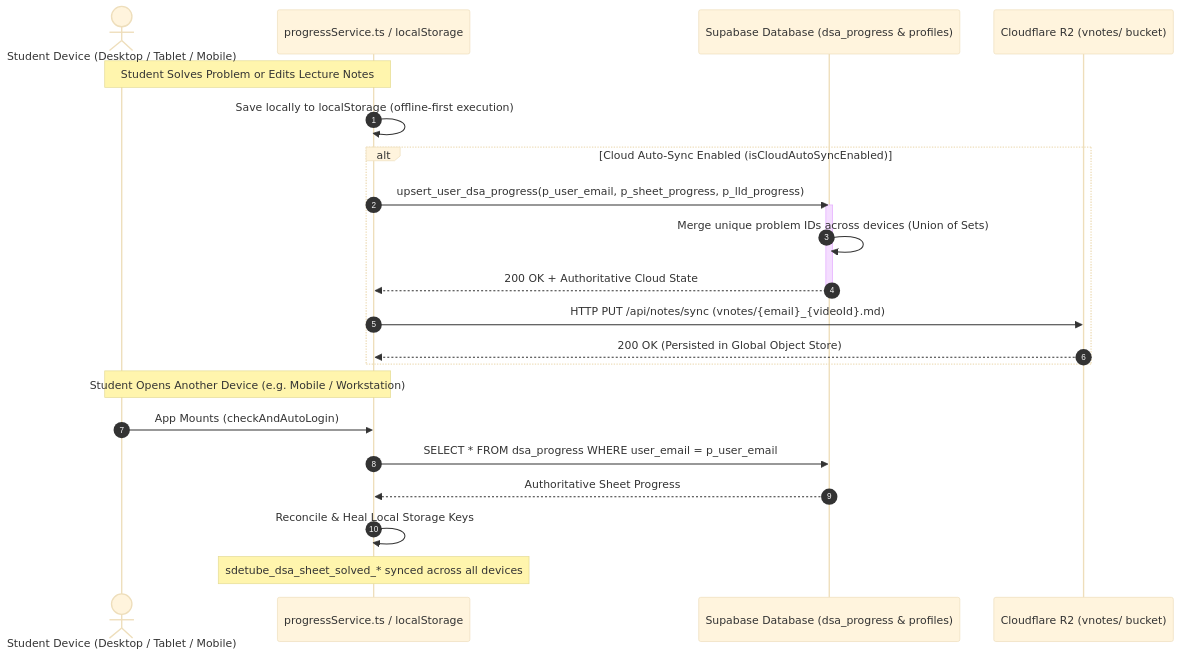
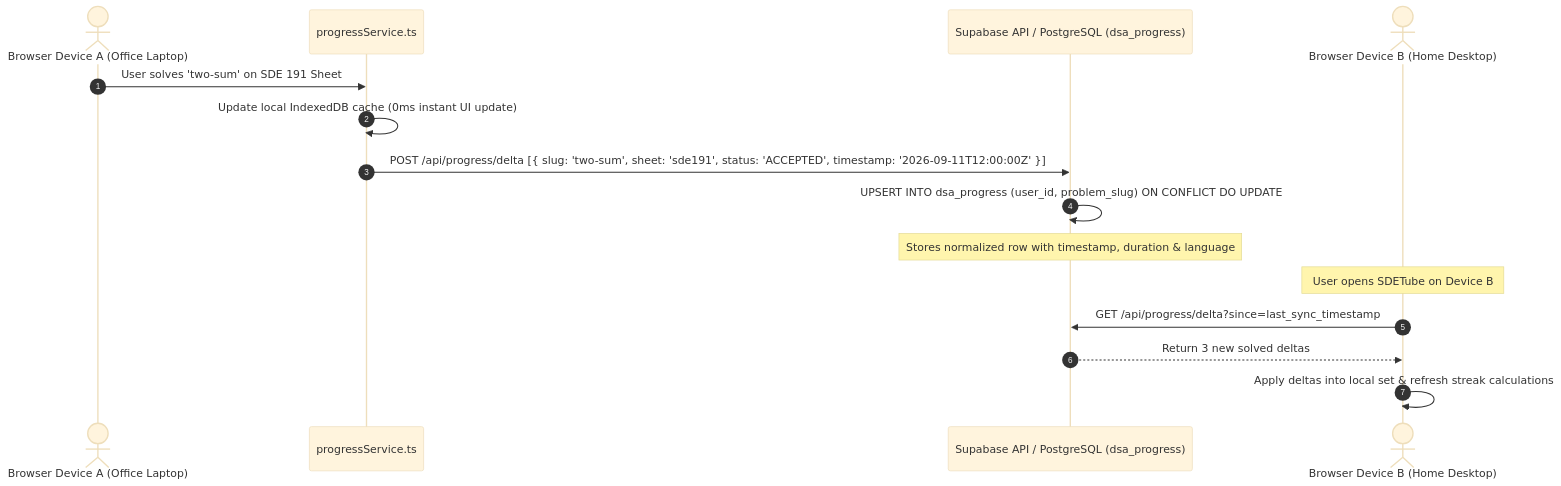
The seventh of 9 diagrams in SYSTEM_ARCHITECTURE_LLD_HLD.md (mdalamrahman/edustreams), drawn with Mermaid (base theme) before and after one commit. The commit also changed other lines of this file and 3 other files, not shown here.

Commit message:
docs & arch: resolve wallet pricing boundary, cryptographic cert verification, normalized progress data model, canonical problem tagging, and strategic additions

````diff
--- a/SYSTEM_ARCHITECTURE_LLD_HLD.md
+++ b/SYSTEM_ARCHITECTURE_LLD_HLD.md
@@ -290,27 +306,19 @@
 ```mermaid
 sequenceDiagram
     autonumber
-    actor Student as Student Device (Desktop / Tablet / Mobile)
-    participant Client as progressService.ts / localStorage
-    participant Supabase as Supabase Database (dsa_progress & profiles)
-    participant R2 as Cloudflare R2 (vnotes/ bucket)
+    actor Device1 as Browser Device A (Office Laptop)
+    participant SyncService as progressService.ts
+    participant Supabase as Supabase API / PostgreSQL (dsa_progress)
+    actor Device2 as Browser Device B (Home Desktop)
 
-    Note over Student,Client: Student Solves Problem or Edits Lecture Notes
-    Client->>Client: Save locally to localStorage (offline-first execution)
-    alt Cloud Auto-Sync Enabled (isCloudAutoSyncEnabled)
-        Client->>Supabase: upsert_user_dsa_progress(p_user_email, p_sheet_progress, p_lld_progress)
-        activate Supabase
-        Supabase->>Supabase: Merge unique problem IDs across devices (Union of Sets)
-        Supabase-->>Client: 200 OK + Authoritative Cloud State
-        deactivate Supabase
-        Client->>R2: HTTP PUT /api/notes/sync (vnotes/{email}_{videoId}.md)
-        R2-->>Client: 200 OK (Persisted in Global Object Store)
-    end
+    Device1->>SyncService: User solves 'two-sum' on SDE 191 Sheet
+    SyncService->>SyncService: Update local IndexedDB cache (0ms instant UI update)
+    SyncService->>Supabase: POST /api/progress/delta [{ slug: 'two-sum', sheet: 'sde191', status: 'ACCEPTED', timestamp: '2026-09-11T12:00:00Z' }]
+    Supabase->>Supabase: UPSERT INTO dsa_progress (user_id, problem_slug) ON CONFLICT DO UPDATE
+    Note over Supabase: Stores normalized row with timestamp, duration & language
 
-    Note over Student,Client: Student Opens Another Device (e.g. Mobile / Workstation)
-    Student->>Client: App Mounts (checkAndAutoLogin)
-    Client->>Supabase: SELECT * FROM dsa_progress WHERE user_email = p_user_email
-    Supabase-->>Client: Authoritative Sheet Progress
-    Client->>Client: Reconcile & Heal Local Storage Keys
-    Note over Client: sdetube_dsa_sheet_solved_* synced across all devices
+    Note over Device2: User opens SDETube on Device B
+    Device2->>Supabase: GET /api/progress/delta?since=last_sync_timestamp
+    Supabase-->>Device2: Return 3 new solved deltas
+    Device2->>Device2: Apply deltas into local set & refresh streak calculations
 ```
````
